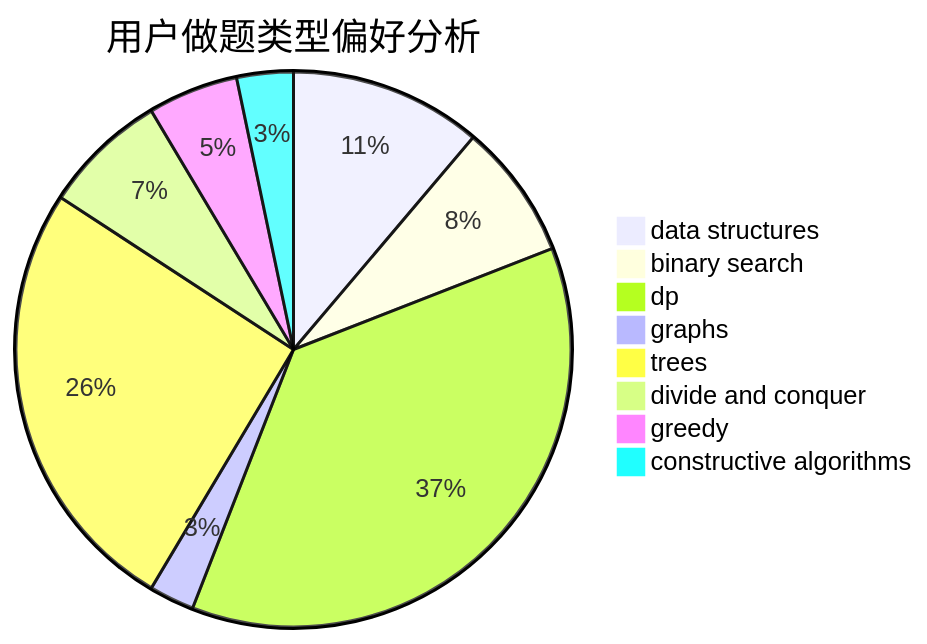
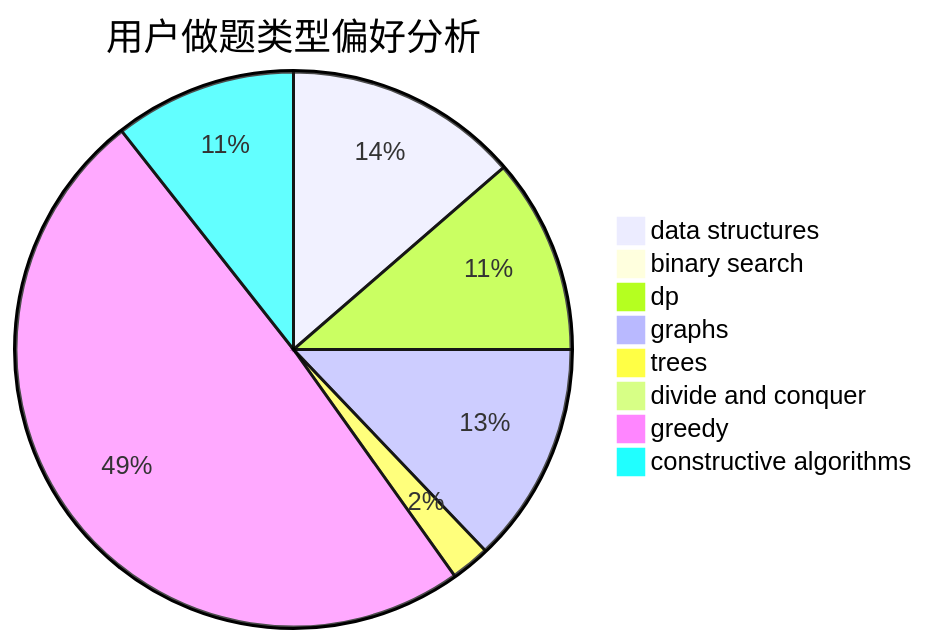
One commit to sherpahu/cfrs.github.io changed the second of 3 diagrams in docs/user/u2357.md. Above: the diagram before and after it, drawn with Mermaid. The commit also changed other lines of this file and 2770 other files, not shown here.

````diff
--- a/docs/user/u2357.md
+++ b/docs/user/u2357.md
@@ -23,11 +23,11 @@
 ```mermaid
 pie title 用户做题类型偏好分析
-    "data structures" :  17
-    "binary search" :  12
-    "dp" :  56
-    "graphs" :  4
-    "trees" :  39
-    "divide and conquer" :  11
-    "greedy" :  8
-    "constructive algorithms" :  5
+    "data structures" :  18
+    "binary search" :  1
+    "dp" :  15
+    "graphs" :  17
+    "trees" :  3
+    "divide and conquer" :  0
+    "greedy" :  65
+    "constructive algorithms" :  14
 ```
````
